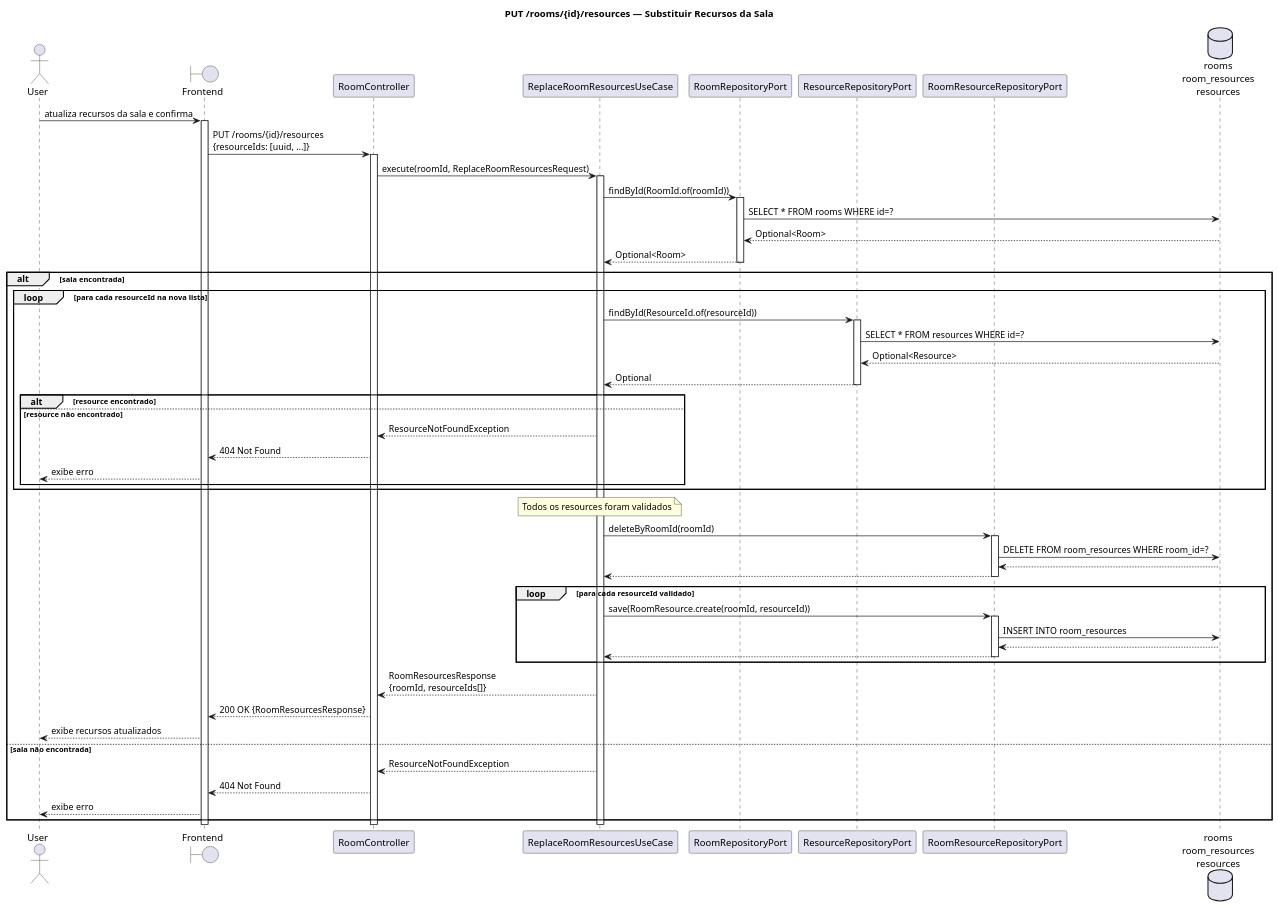
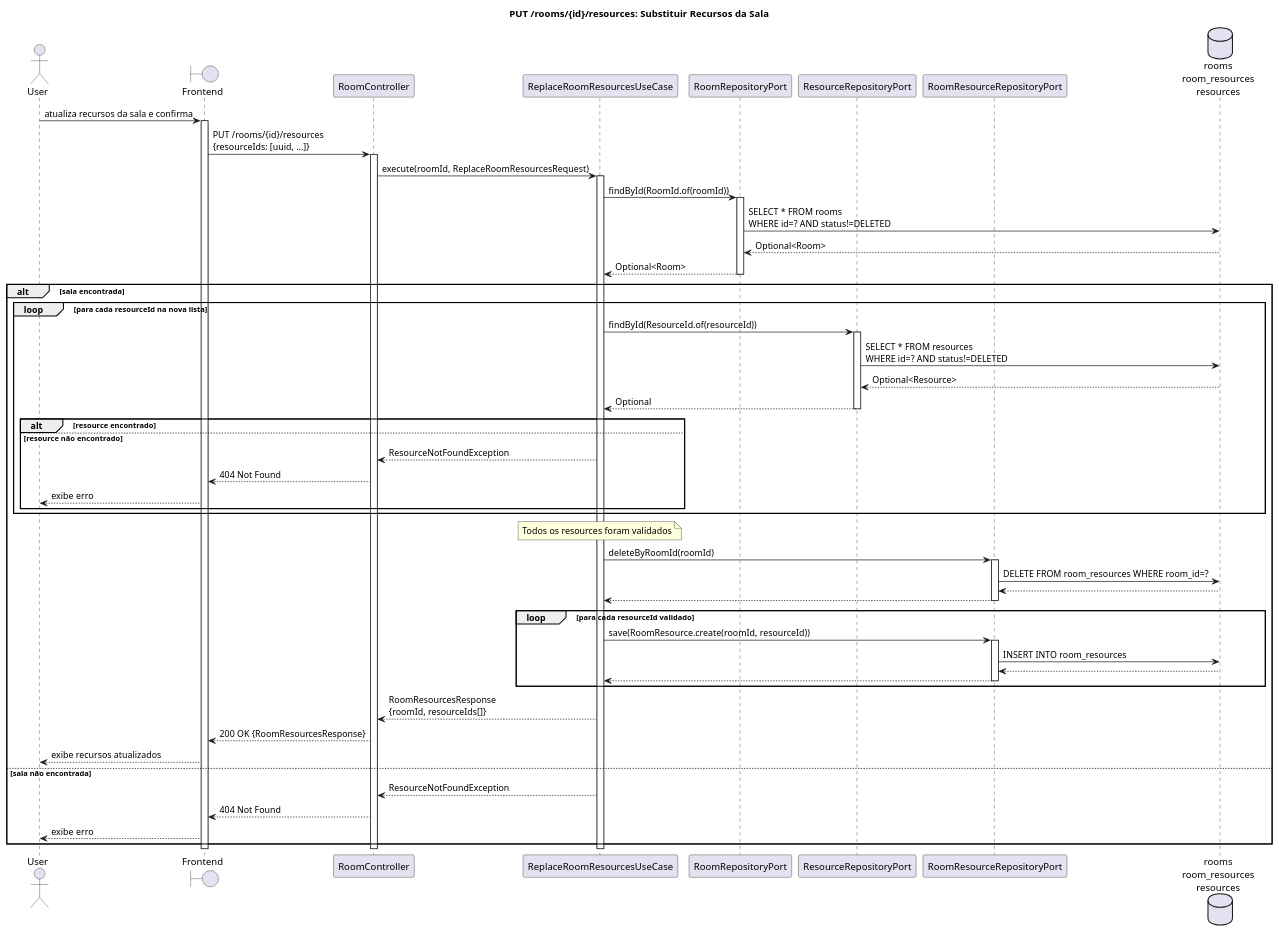
Before and after one commit to Neoguara/rooms-diagrams: the diagram in src/plantuml/sequencia/room/replace_room_resources.puml, drawn with PlantUML. The commit also changed 73 other files, not shown here.

```diff
--- a/src/plantuml/sequencia/room/replace_room_resources.puml
+++ b/src/plantuml/sequencia/room/replace_room_resources.puml
@@ -1,78 +1,78 @@
 @startuml replace_room_resources
 
-title PUT /rooms/{id}/resources — Substituir Recursos da Sala
+title PUT /rooms/{id}/resources: Substituir Recursos da Sala
 
 actor User
 boundary "Frontend" as FE
 participant "RoomController" as Ctrl
 participant "ReplaceRoomResourcesUseCase" as UC
 participant "RoomRepositoryPort" as RoomRepo
 participant "ResourceRepositoryPort" as ResRepo
 participant "RoomResourceRepositoryPort" as RRRepo
 database "rooms\nroom_resources\nresources" as DB
 
 User -> FE: atualiza recursos da sala e confirma
 activate FE
 FE -> Ctrl: PUT /rooms/{id}/resources\n{resourceIds: [uuid, ...]}
 activate Ctrl
 
 Ctrl -> UC: execute(roomId, ReplaceRoomResourcesRequest)
 activate UC
 
 UC -> RoomRepo: findById(RoomId.of(roomId))
 activate RoomRepo
-RoomRepo -> DB: SELECT * FROM rooms WHERE id=?
+RoomRepo -> DB: SELECT * FROM rooms\nWHERE id=? AND status!=DELETED
 DB --> RoomRepo: Optional<Room>
 RoomRepo --> UC: Optional<Room>
 deactivate RoomRepo
 
 alt sala encontrada
 
   loop para cada resourceId na nova lista
     UC -> ResRepo: findById(ResourceId.of(resourceId))
     activate ResRepo
-    ResRepo -> DB: SELECT * FROM resources WHERE id=?
+    ResRepo -> DB: SELECT * FROM resources\nWHERE id=? AND status!=DELETED
     DB --> ResRepo: Optional<Resource>
     ResRepo --> UC: Optional
     deactivate ResRepo
 
     alt resource encontrado
     else resource não encontrado
       UC --> Ctrl: ResourceNotFoundException
       Ctrl --> FE: 404 Not Found
       FE --> User: exibe erro
     end
   end
 
   note over UC: Todos os resources foram validados
 
   UC -> RRRepo: deleteByRoomId(roomId)
   activate RRRepo
   RRRepo -> DB: DELETE FROM room_resources WHERE room_id=?
   DB --> RRRepo:
   RRRepo --> UC:
   deactivate RRRepo
 
   loop para cada resourceId validado
     UC -> RRRepo: save(RoomResource.create(roomId, resourceId))
     activate RRRepo
     RRRepo -> DB: INSERT INTO room_resources
     DB --> RRRepo:
     RRRepo --> UC:
     deactivate RRRepo
   end
 
   UC --> Ctrl: RoomResourcesResponse\n{roomId, resourceIds[]}
   Ctrl --> FE: 200 OK {RoomResourcesResponse}
   FE --> User: exibe recursos atualizados
 else sala não encontrada
   UC --> Ctrl: ResourceNotFoundException
   Ctrl --> FE: 404 Not Found
   FE --> User: exibe erro
 end
 
 deactivate UC
 deactivate Ctrl
 deactivate FE
 
 @enduml
```
